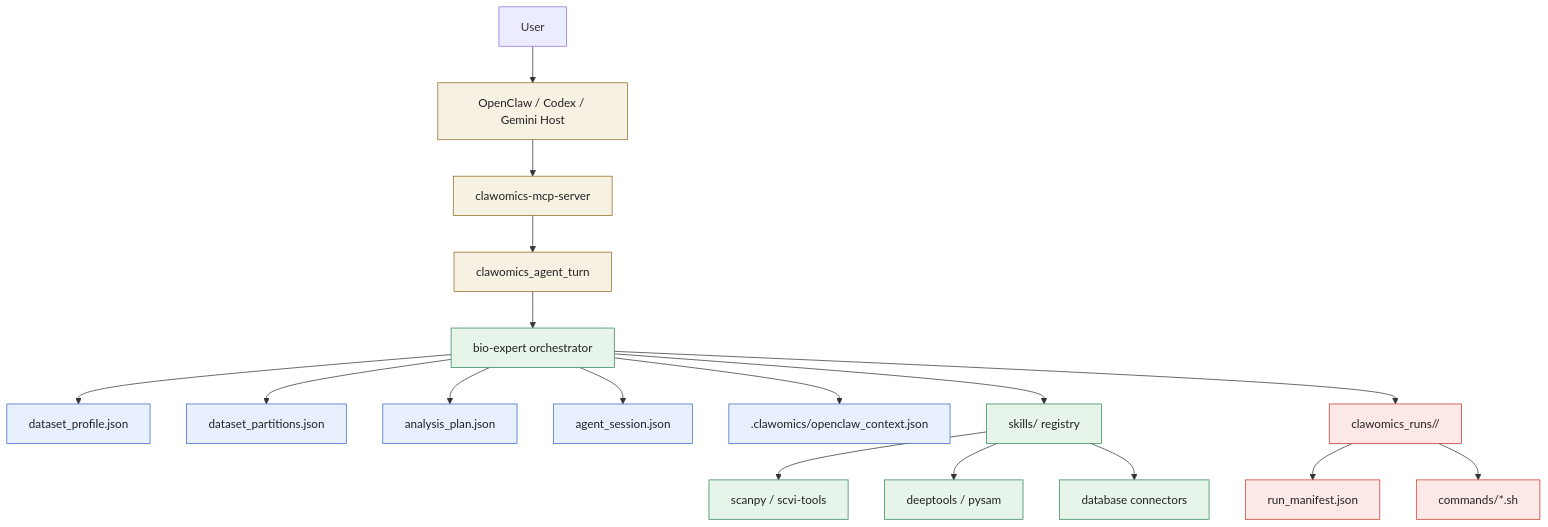
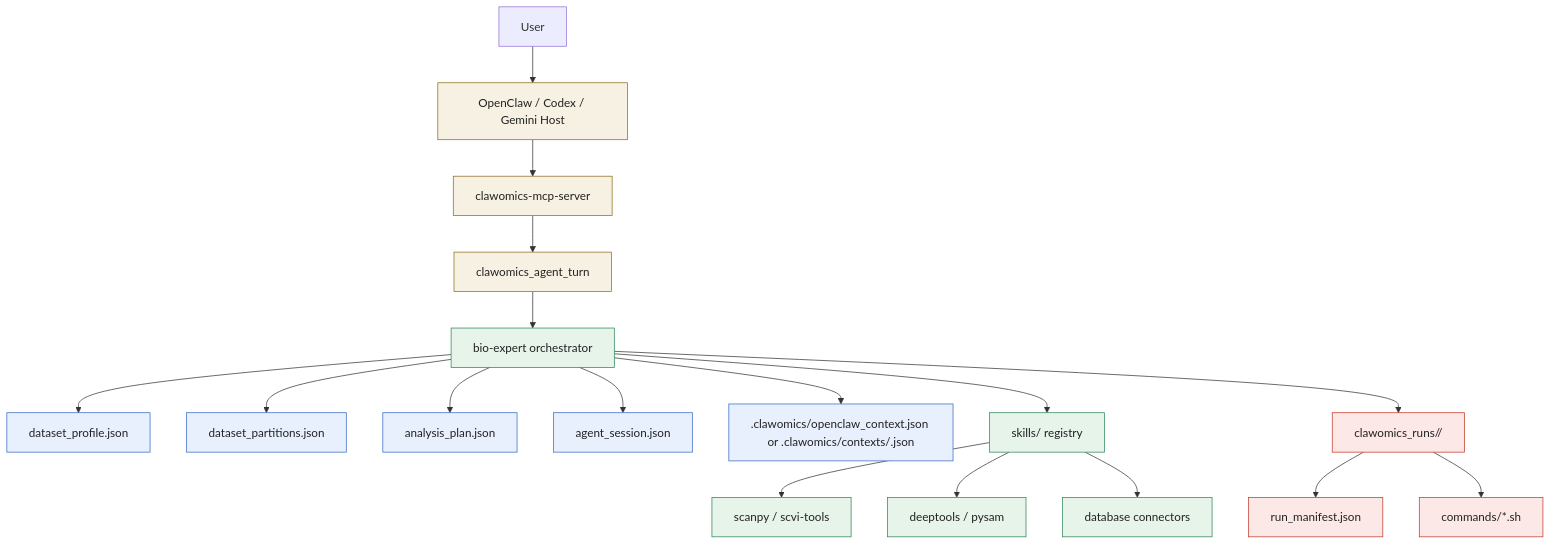
One commit to yf8578/geneclaw changed the first of 2 diagrams in README.md. Above: the diagram before and after it, drawn with Mermaid. The commit also changed other lines of this file and 12 other files, not shown here.

````diff
--- a/README.md
+++ b/README.md
@@ -93,32 +97,32 @@
 ```mermaid
 graph TD
     User["User"] --> Client["OpenClaw / Codex / Gemini Host"]
     Client --> MCP["clawomics-mcp-server"]
     MCP --> Turn["clawomics_agent_turn"]
     Turn --> Orchestrator["bio-expert orchestrator"]
 
     Orchestrator --> Profile["dataset_profile.json"]
     Orchestrator --> Partitions["dataset_partitions.json"]
     Orchestrator --> Plan["analysis_plan.json"]
     Orchestrator --> Session["agent_session.json"]
-    Orchestrator --> Bridge[".clawomics/openclaw_context.json"]
+    Orchestrator --> Bridge[".clawomics/openclaw_context.json or .clawomics/contexts/<context-key>.json"]
 
     Orchestrator --> Skills["skills/ registry"]
     Skills --> S1["scanpy / scvi-tools"]
     Skills --> S2["deeptools / pysam"]
     Skills --> S3["database connectors"]
 
     Orchestrator --> Run["clawomics_runs/<run-id>/"]
     Run --> Manifest["run_manifest.json"]
     Run --> Commands["commands/*.sh"]
 
     classDef client fill:#f7f1e3,stroke:#8c6d1f,color:#222;
     classDef core fill:#e6f4ea,stroke:#2f855a,color:#222;
     classDef artifact fill:#e8f0fe,stroke:#356ac3,color:#222;
     classDef run fill:#fce8e6,stroke:#c53929,color:#222;
 
     class Client,MCP,Turn client;
     class Orchestrator,Skills,S1,S2,S3 core;
     class Profile,Partitions,Plan,Session,Bridge artifact;
     class Run,Manifest,Commands run;
 ```
````
